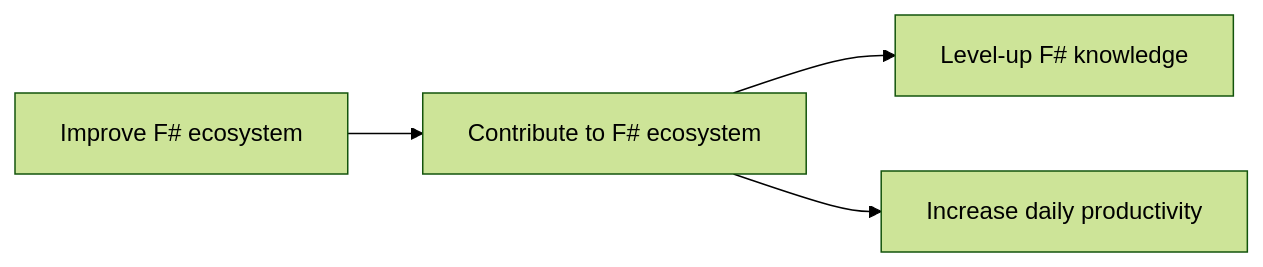
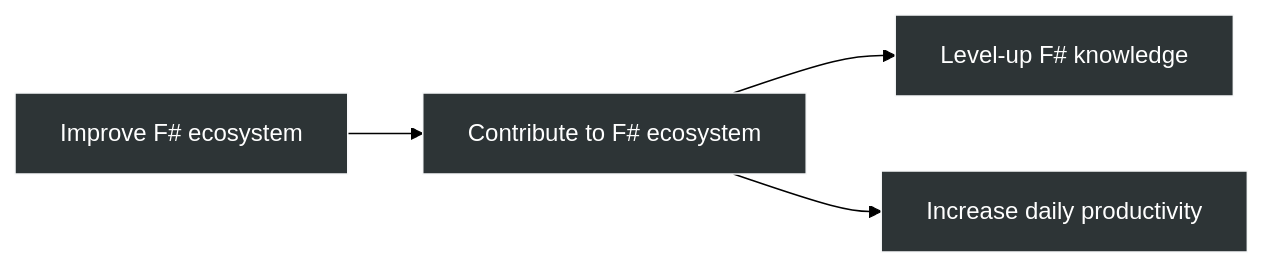
The diagram in src/homepage/convincing.mmd (amplifying-fsharp/amplifying-fsharp.github.io), drawn with Mermaid (forest theme) before and after one commit. The commit also changed 5 other files, not shown here.

Commit message:
Add call to action button on home page. Style diagrams.

```diff
--- a/src/homepage/convincing.mmd
+++ b/src/homepage/convincing.mmd
@@ -1,9 +1,13 @@
 graph LR
 A["Improve F# ecosystem"]
 B["Contribute to F# ecosystem"]
 C["Level-up F# knowledge"]
 D["Increase daily productivity"]
 
 A --> B
 B --> C
 B --> D
+style A fill:#2d3436,stroke:#F8F9FA,color:#FFF
+style B fill:#2d3436,stroke:#F8F9FA,color:#FFF
+style C fill:#2d3436,stroke:#F8F9FA,color:#FFF
+style D fill:#2d3436,stroke:#F8F9FA,color:#FFF
```
